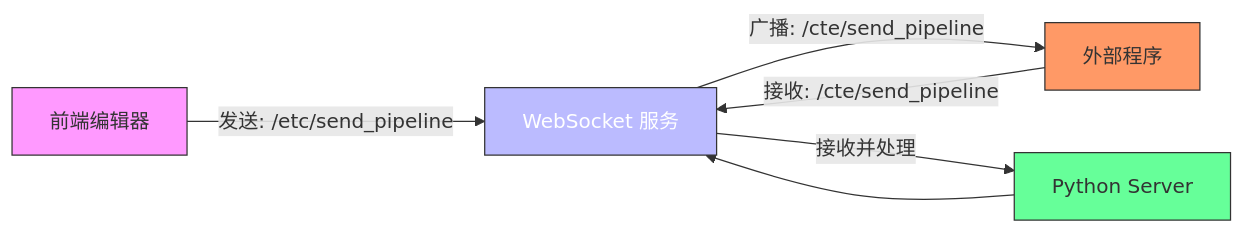
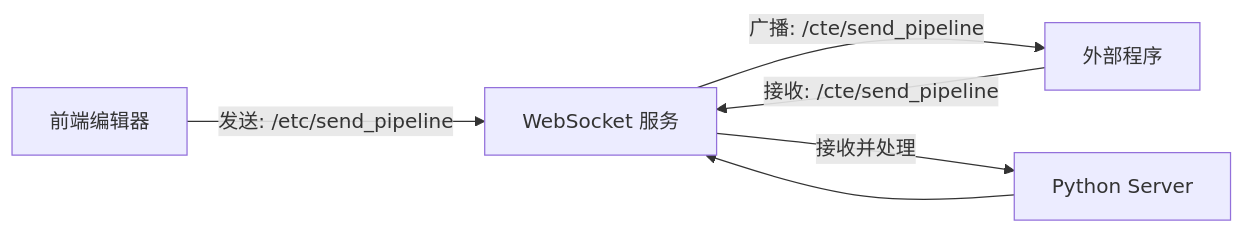
The third of 3 diagrams in .qoder/repowiki/zh/content/核心概念/Pipeline 面板.md (kqcoxn/MaaPipelineEditor), drawn with Mermaid before and after one commit. The commit also changed other lines of this file and 22 other files, not shown here.

````diff
--- a/.qoder/repowiki/zh/content/核心概念/Pipeline 面板.md
+++ b/.qoder/repowiki/zh/content/核心概念/Pipeline 面板.md
@@ -115,12 +116,8 @@
 ```mermaid
 graph LR
 A[前端编辑器] -- "发送: /etc/send_pipeline" --> B[WebSocket 服务]
 C[外部程序] -- "接收: /cte/send_pipeline" --> B
 B -- "广播: /cte/send_pipeline" --> C
 B -- "接收并处理" --> D[Python Server]
 D --> B
-style A fill:#f9f,stroke:#333
-style B fill:#bbf,stroke:#333,color:#fff
-style C fill:#f96,stroke:#333
-style D fill:#6f9,stroke:#333
 ```
````
